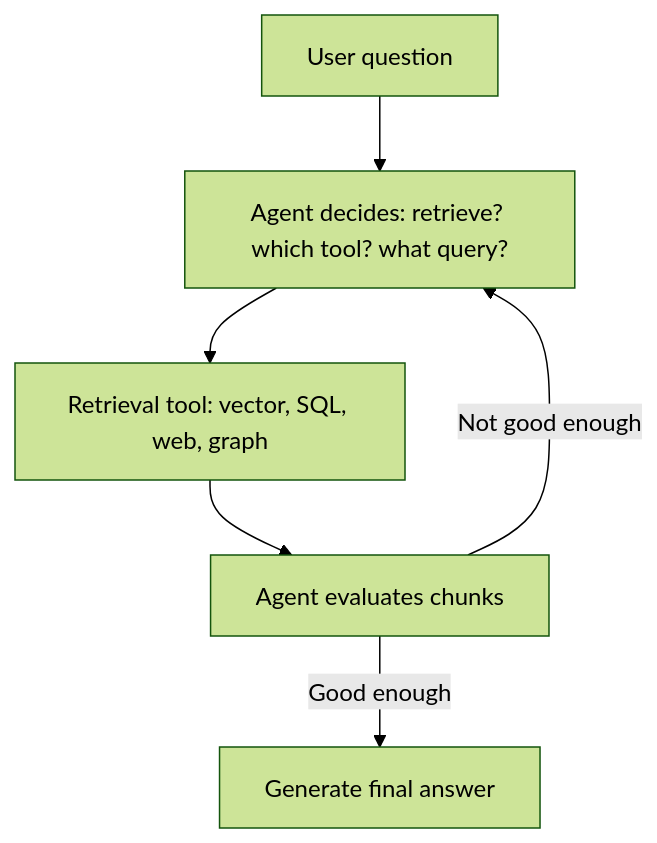
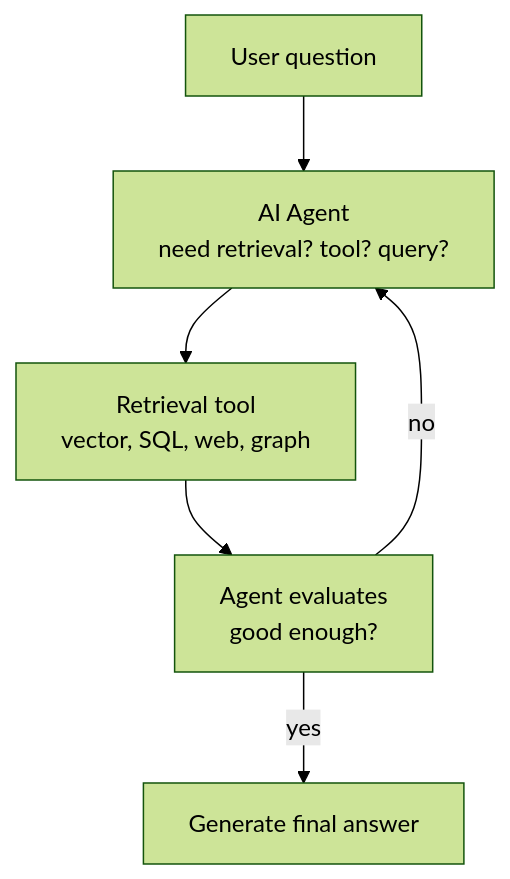
Before and after one commit to kaisarnajar/outcome-school-blogs: the diagram in notes/step-09-vector-search-and-retrieval-augmented-generation-rag/116-agentic-rag.md, drawn with Mermaid (forest theme). The commit also changed other lines of this file and 233 other files, not shown here.

````diff
--- a/notes/step-09-vector-search-and-retrieval-augmented-generation-rag/116-agentic-rag.md
+++ b/notes/step-09-vector-search-and-retrieval-augmented-generation-rag/116-agentic-rag.md
@@ -49,8 +42,8 @@
 ```mermaid
 flowchart TD
-    Q["User question"] --> A["Agent decides: retrieve? which tool? what query?"]
-    A --> T["Retrieval tool: vector, SQL, web, graph"]
-    T --> E["Agent evaluates chunks"]
-    E -->|"Not good enough"| A
-    E -->|"Good enough"| G["Generate final answer"]
+Q1["User question"] --> A1["AI Agent<br/>need retrieval? tool? query?"]
+A1 --> T1["Retrieval tool<br/>vector, SQL, web, graph"]
+T1 --> A2["Agent evaluates<br/>good enough?"]
+A2 -->|"no"| A1
+A2 -->|"yes"| F1["Generate final answer"]
 ```
````
